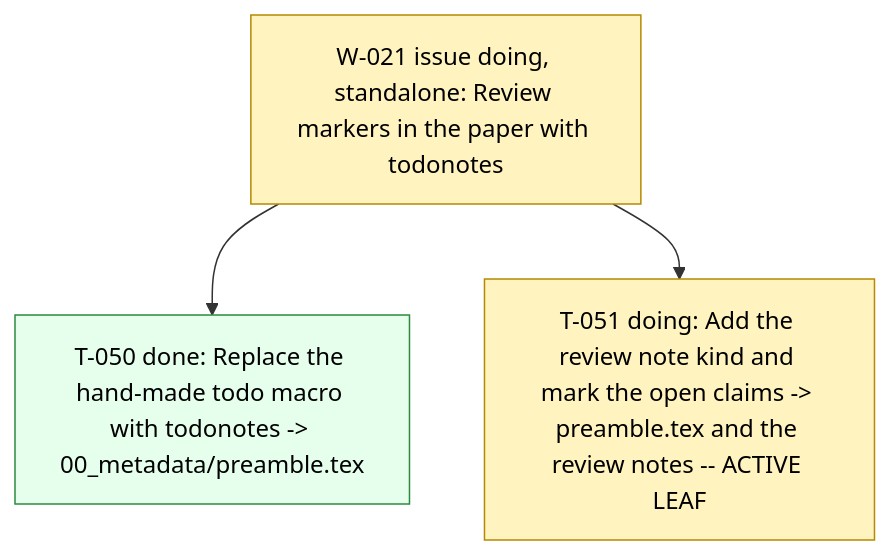
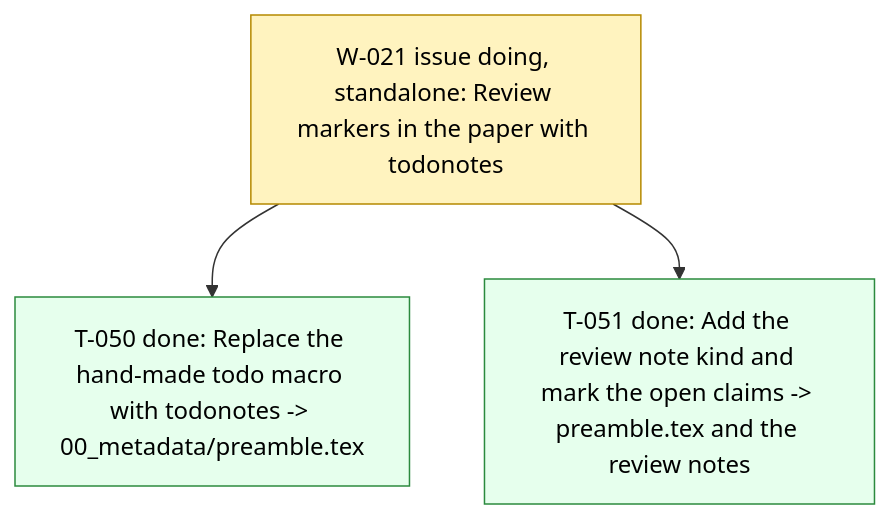
One commit to dpopchev/surrogate-models changed the diagram in .board/BOARD.md. Above: the diagram before and after it, drawn with Mermaid. The commit also changed other lines of this file and 1 other file, not shown here.

Commit message:
chore: close T-051 on the board
Refs: W-021 T-051

````diff
--- a/.board/BOARD.md
+++ b/.board/BOARD.md
@@ -179,13 +179,13 @@
 ```mermaid
 flowchart TD
   W021["W-021 issue doing, standalone: Review markers in the paper with todonotes"]
   W021 --> T050["T-050 done: Replace the hand-made todo macro with todonotes -> 00_metadata/preamble.tex"]
-  W021 --> T051["T-051 doing: Add the review note kind and mark the open claims -> preamble.tex and the review notes -- ACTIVE LEAF"]
+  W021 --> T051["T-051 done: Add the review note kind and mark the open claims -> preamble.tex and the review notes"]
   classDef doing fill:#fff3bf,stroke:#b58900,color:#000;
   classDef blocked fill:#ffe3e3,stroke:#c92a2a,color:#000;
   classDef done fill:#e6ffed,stroke:#2b8a3e,color:#000;
   classDef todo fill:#f8f9fa,stroke:#868e96,color:#000;
   classDef pruned fill:#f1f3f5,stroke:#adb5bd,color:#000;
-  class W021,T051 doing
-  class T050 done
+  class W021 doing
+  class T050,T051 done
 ```
````
